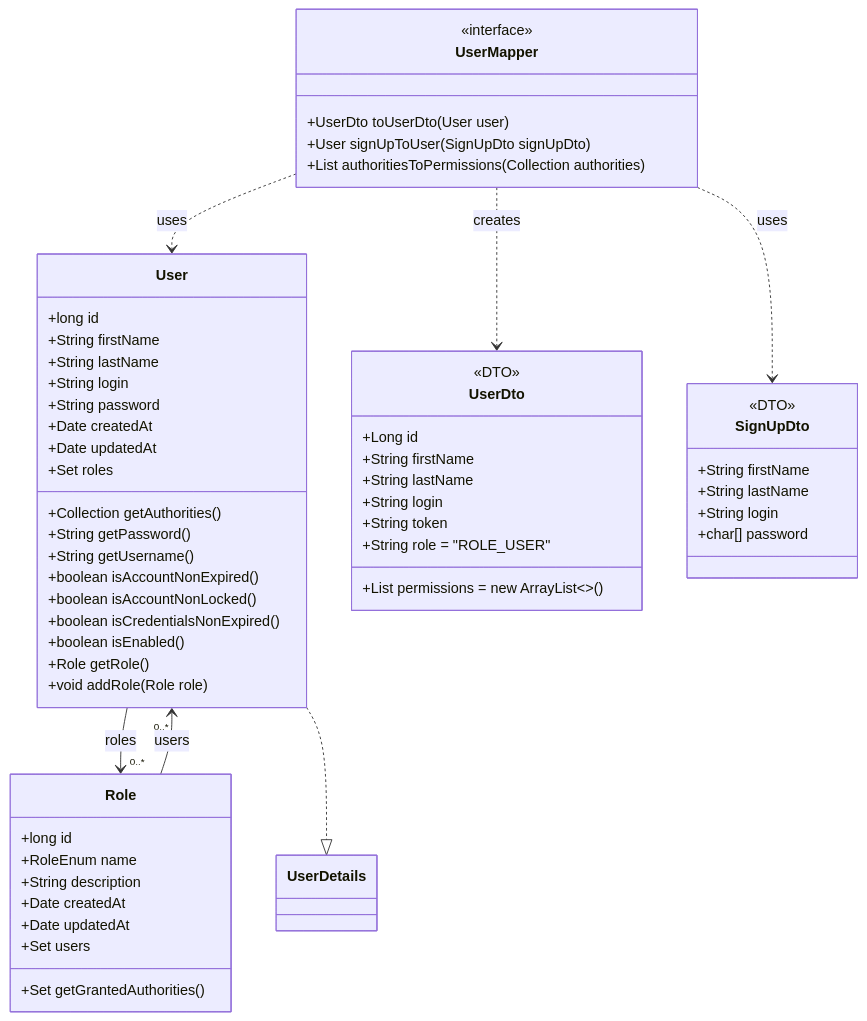
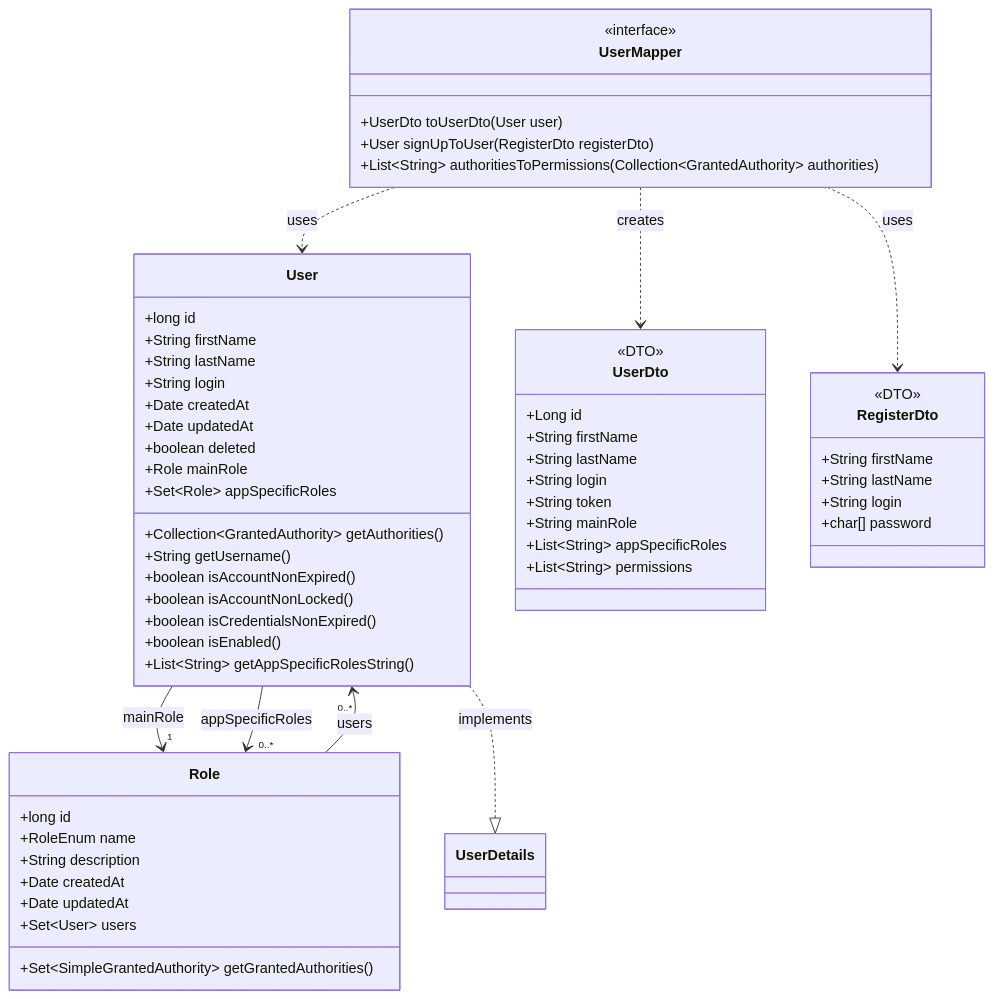
One commit to OrifInformatique/template_frontback changed the third of 5 diagrams in doc/process-documentation.md. Above: the diagram before and after it, drawn with Mermaid. The commit also changed other lines of this file, not shown here.

````diff
--- a/doc/process-documentation.md
+++ b/doc/process-documentation.md
@@ -170,66 +182,67 @@
 ```mermaid
 classDiagram
     class User {
         +long id
         +String firstName
         +String lastName
         +String login
-        +String password
         +Date createdAt
         +Date updatedAt
-        +Set<Role> roles
-        +Collection<GrantedAuthority> getAuthorities()
-        +String getPassword()
+        +boolean deleted
+        +Role mainRole
+        +Set~Role~ appSpecificRoles
+        +Collection~GrantedAuthority~ getAuthorities()
         +String getUsername()
         +boolean isAccountNonExpired()
         +boolean isAccountNonLocked()
         +boolean isCredentialsNonExpired()
         +boolean isEnabled()
-        +Role getRole()
-        +void addRole(Role role)
+        +List~String~ getAppSpecificRolesString()
     }
 
     class Role {
         +long id
         +RoleEnum name
         +String description
         +Date createdAt
         +Date updatedAt
-        +Set<User> users
-        +Set<SimpleGrantedAuthority> getGrantedAuthorities()
+        +Set~User~ users
+        +Set~SimpleGrantedAuthority~ getGrantedAuthorities()
     }
 
     class UserDto {
         <<DTO>>
         +Long id
         +String firstName
         +String lastName
         +String login
         +String token
-        +String role = "ROLE_USER"
-        +List<String> permissions = new ArrayList<>()
+        +String mainRole
+        +List~String~ appSpecificRoles
+        +List~String~ permissions
     }
 
-    class SignUpDto {
+    class RegisterDto {
         <<DTO>>
         +String firstName
         +String lastName
         +String login
         +char[] password
     }
 
     class UserMapper {
         <<interface>>
         +UserDto toUserDto(User user)
-        +User signUpToUser(SignUpDto signUpDto)
-        +List<String> authoritiesToPermissions(Collection<GrantedAuthority> authorities)
+        +User signUpToUser(RegisterDto registerDto)
+        +List~String~ authoritiesToPermissions(Collection~GrantedAuthority~ authorities)
     }
 
     %% Relationships
-    User --> "0..*" Role : roles
+    User --> "1" Role : mainRole
+    User --> "0..*" Role : appSpecificRoles
     Role --> "0..*" User : users
     UserMapper ..> User : uses
     UserMapper ..> UserDto : creates
-    UserMapper ..> SignUpDto : uses
-    User ..|> UserDetails
+    UserMapper ..> RegisterDto : uses
+    User ..|> UserDetails : implements
 ```
````
